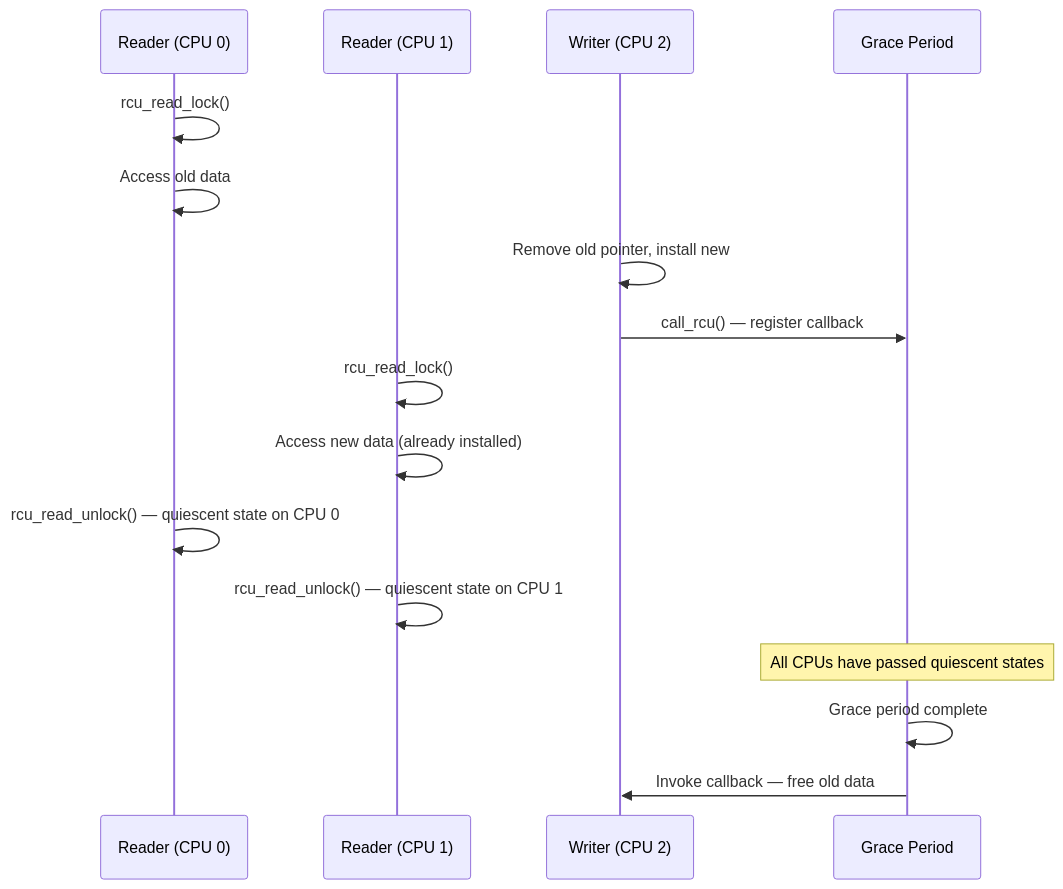
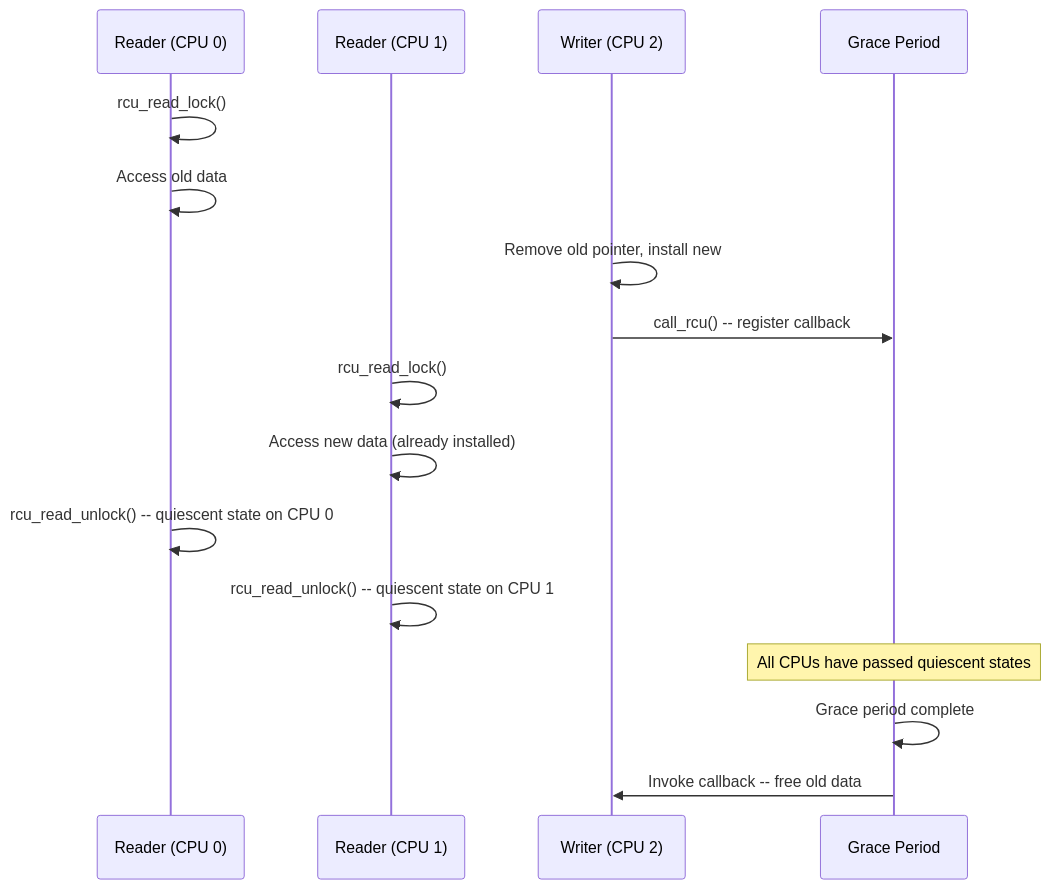
The first of 3 diagrams in src/kernel/sync/rcu.md (Abhinav-Kumar012/lb2), drawn with Mermaid before and after one commit. The commit also changed 211 other files, not shown here.

First line of the commit message:
fix: mermaid syntax issues across 212 files

````diff
--- a/src/kernel/sync/rcu.md
+++ b/src/kernel/sync/rcu.md
@@ -36,19 +36,19 @@
 ```mermaid
 sequenceDiagram
     participant R1 as Reader (CPU 0)
     participant R2 as Reader (CPU 1)
     participant W as Writer (CPU 2)
     participant GP as Grace Period
 
     R1->>R1: rcu_read_lock()
     R1->>R1: Access old data
     W->>W: Remove old pointer, install new
-    W->>GP: call_rcu() — register callback
+    W->>GP: call_rcu() -- register callback
     R2->>R2: rcu_read_lock()
     R2->>R2: Access new data (already installed)
-    R1->>R1: rcu_read_unlock() — quiescent state on CPU 0
-    R2->>R2: rcu_read_unlock() — quiescent state on CPU 1
+    R1->>R1: rcu_read_unlock() -- quiescent state on CPU 0
+    R2->>R2: rcu_read_unlock() -- quiescent state on CPU 1
     Note over GP: All CPUs have passed quiescent states
     GP->>GP: Grace period complete
-    GP->>W: Invoke callback — free old data
+    GP->>W: Invoke callback -- free old data
 ```
````
